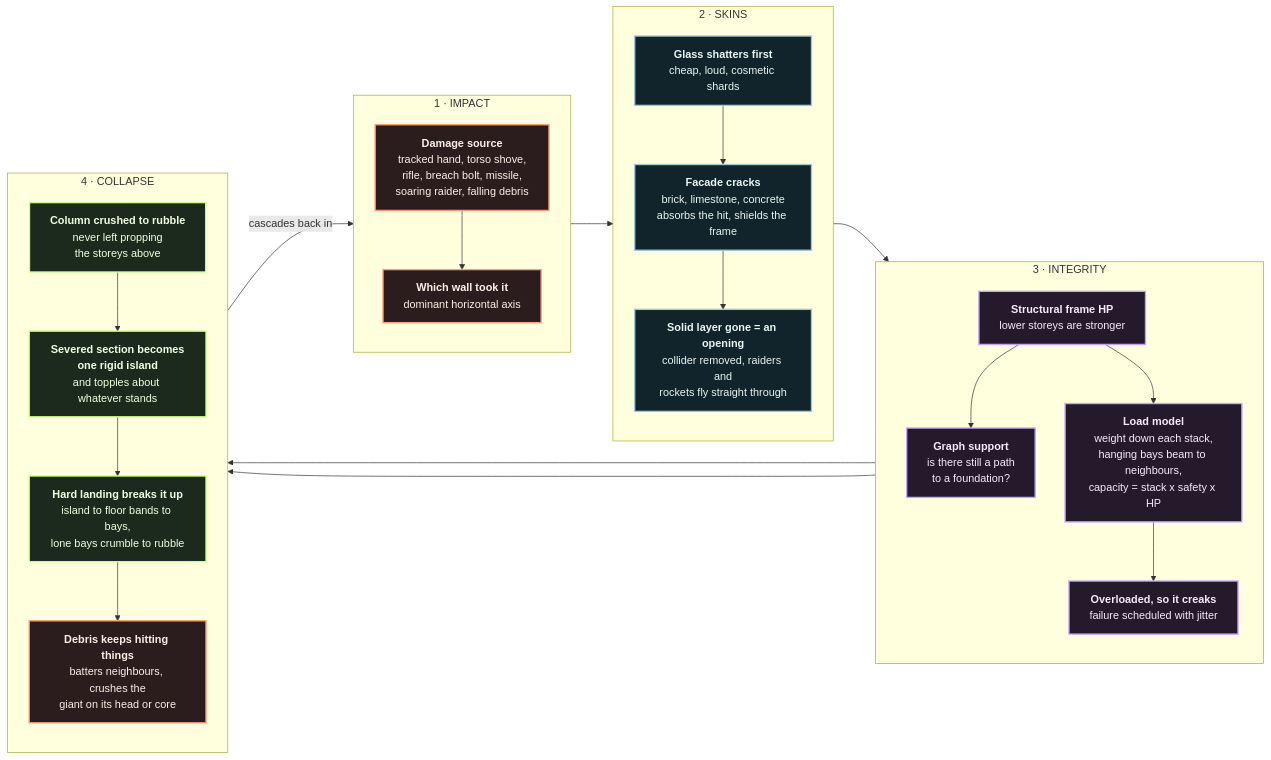
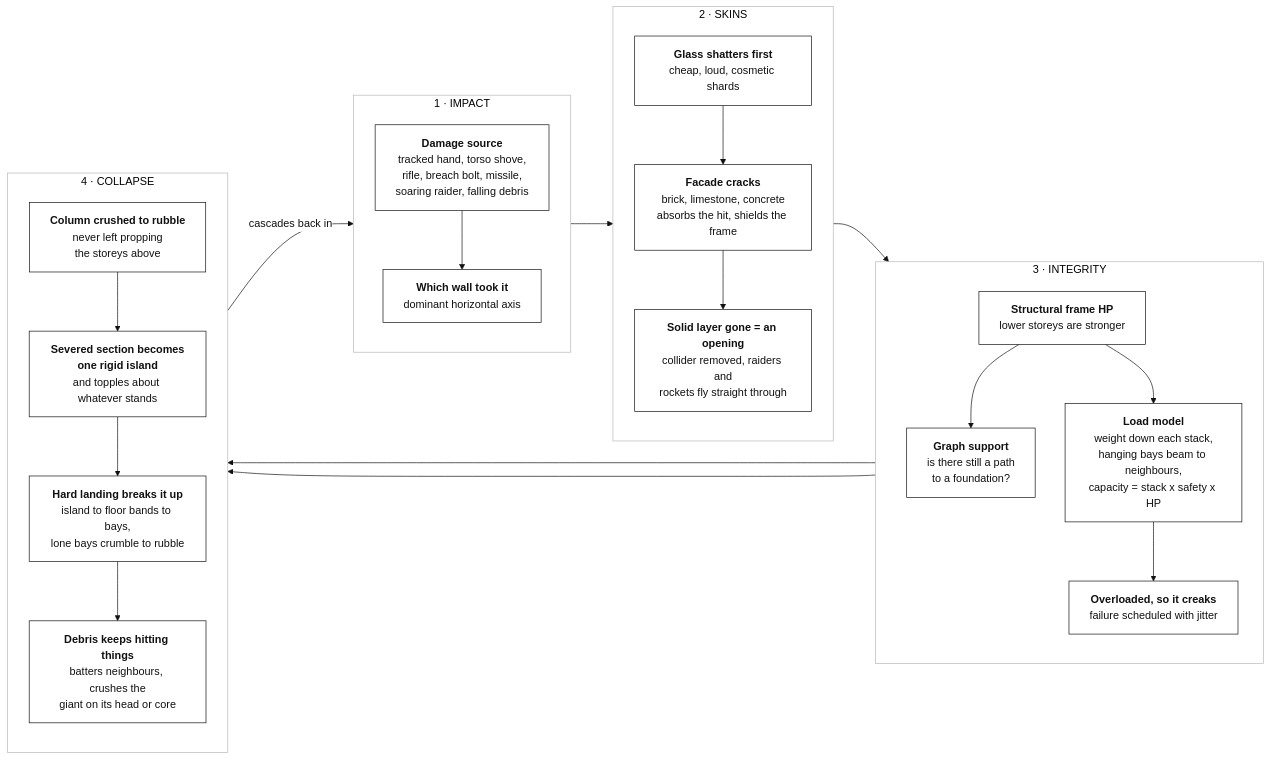
One commit to Maoric2018/colossus-city changed the second of 3 diagrams in docs/ARCHITECTURE_DIAGRAM.md. Above: the diagram before and after it, drawn with Mermaid. The commit also changed other lines of this file, not shown here.

First line of the commit message:
Render the architecture diagrams in black and white

````diff
--- a/docs/ARCHITECTURE_DIAGRAM.md
+++ b/docs/ARCHITECTURE_DIAGRAM.md
@@ -99,54 +88,45 @@
 ```mermaid
-%%{init: {"flowchart": {"nodeSpacing": 44, "rankSpacing": 62, "htmlLabels": true, "curve": "basis"}} }%%
+%%{init: {"theme":"base","themeVariables":{"primaryColor":"#ffffff","primaryTextColor":"#111111","primaryBorderColor":"#111111","secondaryColor":"#ffffff","tertiaryColor":"#ffffff","background":"#ffffff","lineColor":"#111111","textColor":"#111111","clusterBkg":"#ffffff","clusterBorder":"#b8b8b8","edgeLabelBackground":"#ffffff"},"flowchart":{"nodeSpacing":44,"rankSpacing":62,"htmlLabels":true,"curve":"basis"}} }%%
 flowchart LR
-
-classDef hit fill:#2b1d1d,stroke:#ff9a7a,stroke-width:2px,color:#ffeee8
-classDef skin fill:#11232b,stroke:#9ec7d6,stroke-width:2px,color:#eaf6f2
-classDef load fill:#241a2b,stroke:#c6a0ff,stroke-width:2px,color:#f4ecff
-classDef out fill:#1b2a1d,stroke:#ceff83,stroke-width:2px,color:#f2ffe2
 
 subgraph A["1 · IMPACT"]
   direction TB
   SRC["<b>Damage source</b><br/>tracked hand, torso shove,<br/>rifle, breach bolt, missile,<br/>soaring raider, falling debris"]
   SIDE["<b>Which wall took it</b><br/>dominant horizontal axis"]
   SRC --> SIDE
 end
 
 subgraph B["2 · SKINS"]
   direction TB
   GLASS["<b>Glass shatters first</b><br/>cheap, loud, cosmetic shards"]
   FACADE["<b>Facade cracks</b><br/>brick, limestone, concrete<br/>absorbs the hit, shields the frame"]
   OPEN["<b>Solid layer gone = an opening</b><br/>collider removed, raiders and<br/>rockets fly straight through"]
   GLASS --> FACADE --> OPEN
 end
 
 subgraph C["3 · INTEGRITY"]
   direction TB
   FRAME["<b>Structural frame HP</b><br/>lower storeys are stronger"]
   GRAPH["<b>Graph support</b><br/>is there still a path<br/>to a foundation?"]
   LOADM["<b>Load model</b><br/>weight down each stack,<br/>hanging bays beam to neighbours,<br/>capacity = stack x safety x HP"]
   CREAK["<b>Overloaded, so it creaks</b><br/>failure scheduled with jitter"]
   FRAME --> GRAPH
   FRAME --> LOADM --> CREAK
 end
 
 subgraph E["4 · COLLAPSE"]
   direction TB
   CRUSH["<b>Column crushed to rubble</b><br/>never left propping<br/>the storeys above"]
   ISLAND["<b>Severed section becomes<br/>one rigid island</b><br/>and topples about whatever stands"]
   BREAKUP["<b>Hard landing breaks it up</b><br/>island to floor bands to bays,<br/>lone bays crumble to rubble"]
   DOMINO["<b>Debris keeps hitting things</b><br/>batters neighbours, crushes the<br/>giant on its head or core"]
   CRUSH --> ISLAND --> BREAKUP --> DOMINO
 end
 
 SIDE --> GLASS
 OPEN --> FRAME
 GRAPH --> ISLAND
 CREAK --> CRUSH
 DOMINO -->|"cascades back in"| SRC
 
-class SRC,SIDE,DOMINO hit
-class GLASS,FACADE,OPEN skin
-class FRAME,GRAPH,LOADM,CREAK load
-class CRUSH,ISLAND,BREAKUP out
 ```
````
